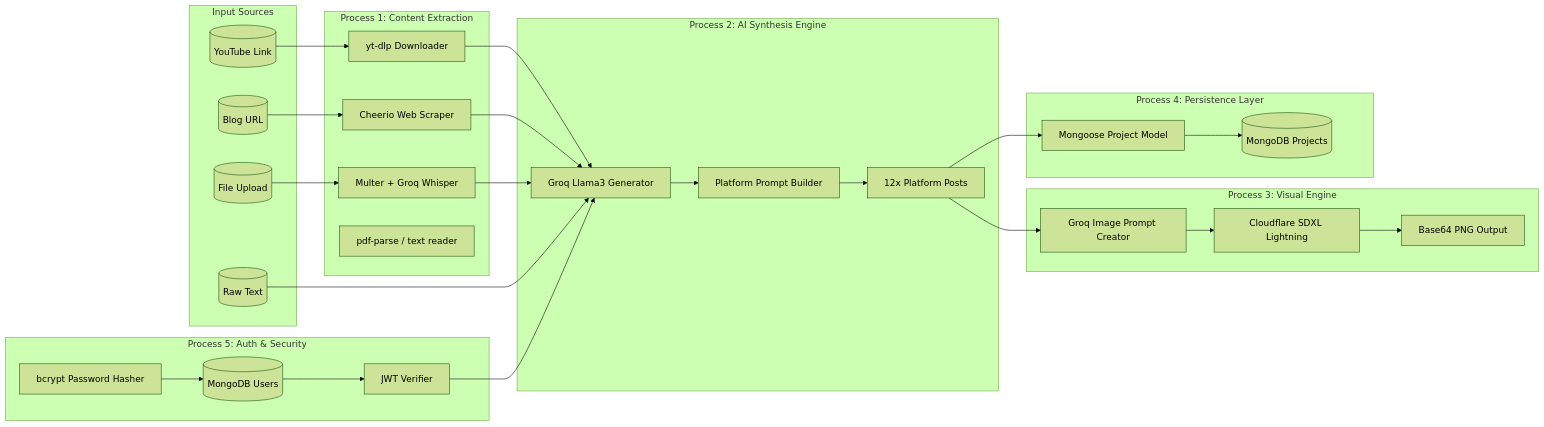
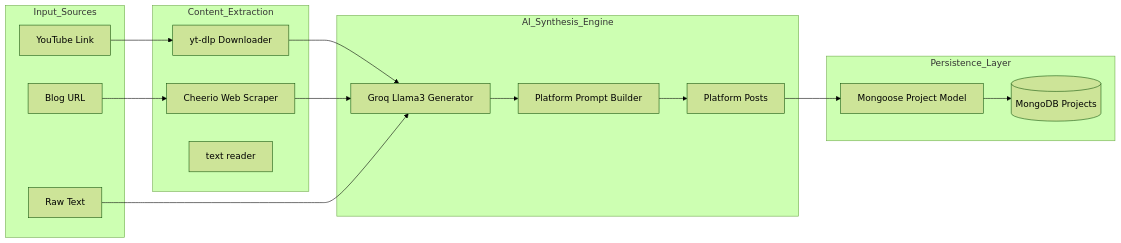
The fifth of 7 diagrams in DIAGRAMS.md (naresh-rn/echoly), drawn with Mermaid (forest theme) before and after one commit. The commit also changed other lines of this file and 1 other file, not shown here.

Commit message:
docs: repair diagram rendering and finalize comprehensive architecture dossier

````diff
--- a/DIAGRAMS.md
+++ b/DIAGRAMS.md
@@ -271,51 +209,31 @@
 ```mermaid
 flowchart LR
-    subgraph Input Sources
-        D1[(YouTube Link)]
-        D2[(Blog URL)]
-        D3[(File Upload)]
-        D4[(Raw Text)]
+    subgraph Input_Sources
+        D1[YouTube Link]
+        D2[Blog URL]
+        D4[Raw Text]
     end
 
-    subgraph Process 1: Content Extraction
+    subgraph Content_Extraction
         P1A[yt-dlp Downloader]
         P1B[Cheerio Web Scraper]
-        P1C[Multer + Groq Whisper]
-        P1D[pdf-parse / text reader]
+        P1D[text reader]
     end
 
-    subgraph Process 2: AI Synthesis Engine
+    subgraph AI_Synthesis_Engine
         P2[Groq Llama3 Generator]
         P2A[Platform Prompt Builder]
-        P2B[12x Platform Posts]
+        P2B[Platform Posts]
     end
 
-    subgraph Process 3: Visual Engine
-        P3A[Groq Image Prompt Creator]
-        P3B[Cloudflare SDXL Lightning]
-        P3C[Base64 PNG Output]
-    end
-
-    subgraph Process 4: Persistence Layer
+    subgraph Persistence_Layer
         P4[Mongoose Project Model]
         DB1[(MongoDB Projects)]
     end
 
-    subgraph Process 5: Auth & Security
-        P5A[JWT Verifier]
-        P5B[bcrypt Password Hasher]
-        DB2[(MongoDB Users)]
-    end
-
     D1 --> P1A --> P2
     D2 --> P1B --> P2
-    D3 --> P1C --> P2
     D4 -->        P2
 
     P2 --> P2A --> P2B --> P4 --> DB1
-    P2B --> P3A --> P3B --> P3C
-
-    P5A --> P2
-    DB2 --> P5A
-    P5B --> DB2
 ```
````
